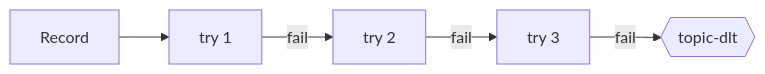
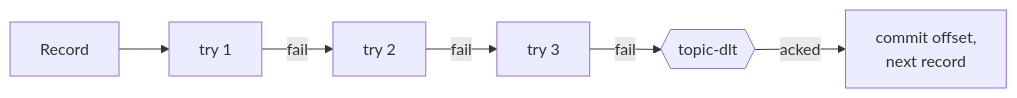
One commit to BayechouAbdelhadi/kafka-java-demo changed diagram 13 of 22 in README.md. Above: the diagram before and after it, drawn with Mermaid. The commit also changed other lines of this file and 4 other files, not shown here.

````diff
--- a/README.md
+++ b/README.md
@@ -281,4 +281,4 @@
 ```mermaid
 flowchart LR
-    M[Record] --> A1[try 1] -- fail --> A2[try 2] -- fail --> A3[try 3] -- fail --> DLT{{topic-dlt}}
+    M[Record] --> A1[try 1] -- fail --> A2[try 2] -- fail --> A3[try 3] -- fail --> DLT{{topic-dlt}} -- acked --> C[commit offset,<br/>next record]
 ```
````
